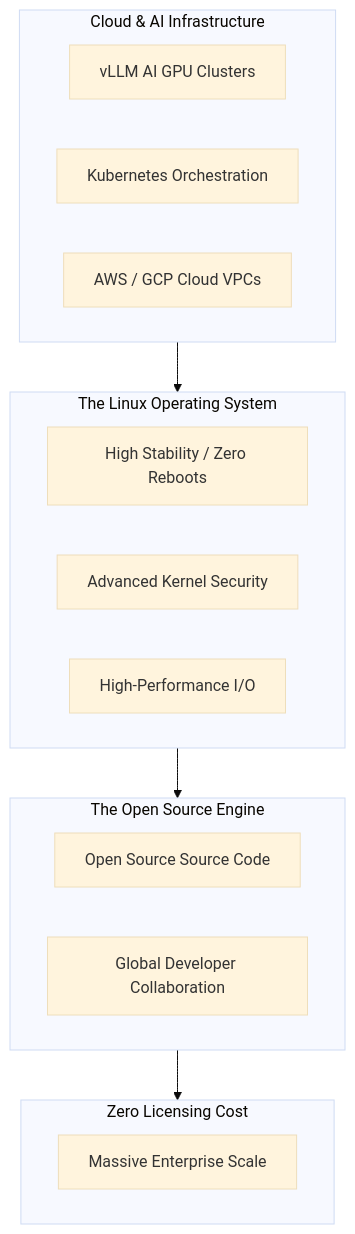
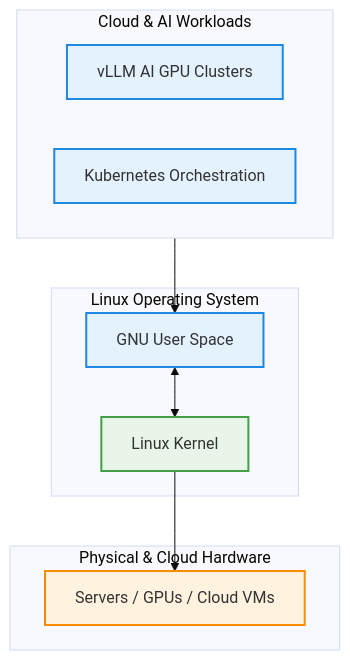
One commit to aloysiuspattath/platform-engineering-ai-course changed the diagram in courses/platform-engineering/modules/module-01/lesson-02.md. Above: the diagram before and after it, drawn with Mermaid (base theme). The commit also changed 114 other files, not shown here.

Commit message:
refactor: massive swarm diagram review enforcing architectural layers and strict color palette

````diff
--- a/courses/platform-engineering/modules/module-01/lesson-02.md
+++ b/courses/platform-engineering/modules/module-01/lesson-02.md
@@ -76,27 +76,24 @@
 ```mermaid
 flowchart TD
-    subgraph Layer4 [Cloud & AI Infrastructure]
-        AI[vLLM AI GPU Clusters]
-        K8S[Kubernetes Orchestration]
-        CLOUD[AWS / GCP Cloud VPCs]
+    classDef userSpace fill:#e3f2fd,stroke:#1e88e5,stroke-width:2px;
+    classDef kernelSpace fill:#e8f5e9,stroke:#43a047,stroke-width:2px;
+    classDef hardware fill:#fff3e0,stroke:#fb8c00,stroke-width:2px;
+
+    subgraph Layer3 [Cloud & AI Workloads]
+        AI[vLLM AI GPU Clusters]:::userSpace
+        K8S[Kubernetes Orchestration]:::userSpace
     end
 
-    subgraph Layer3 [The Linux Operating System]
-        STAB[High Stability / Zero Reboots]
-        SEC[Advanced Kernel Security]
-        PERF[High-Performance I/O]
+    subgraph Layer2 [Linux Operating System]
+        UserSpaceTools[GNU User Space]:::userSpace
+        Kernel[Linux Kernel]:::kernelSpace
+        UserSpaceTools <--> Kernel
     end
 
-    subgraph Layer2 [The Open Source Engine]
-        OSS[Open Source Source Code]
-        COMM[Global Developer Collaboration]
+    subgraph Layer1 [Physical & Cloud Hardware]
+        HW[Servers / GPUs / Cloud VMs]:::hardware
     end
 
-    subgraph Layer1 [Zero Licensing Cost]
-        ECON[Massive Enterprise Scale]
-    end
-
-    Layer4 --> Layer3
-    Layer3 --> Layer2
-    Layer2 --> Layer1
+    Layer3 --> UserSpaceTools
+    Kernel --> HW
 ```
````
